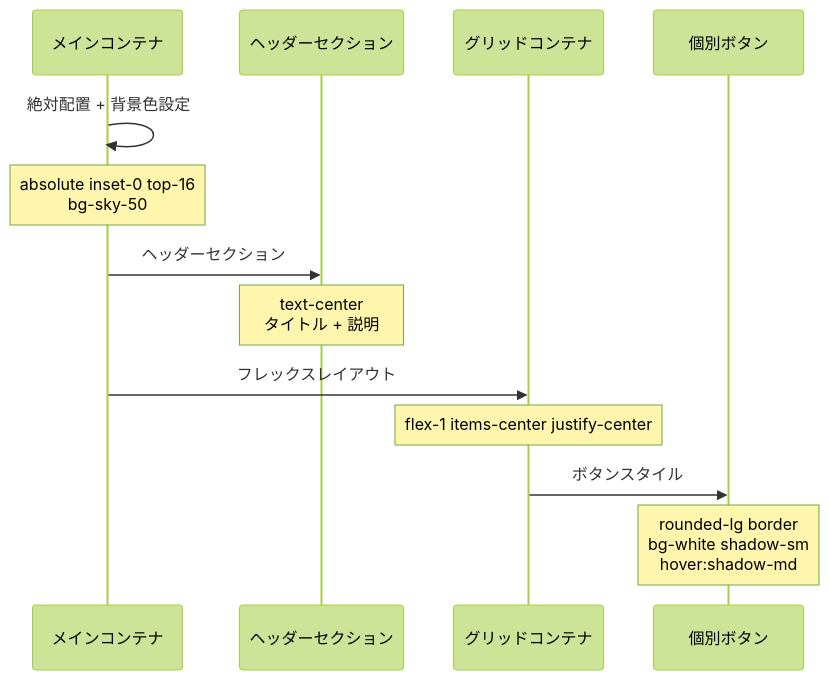
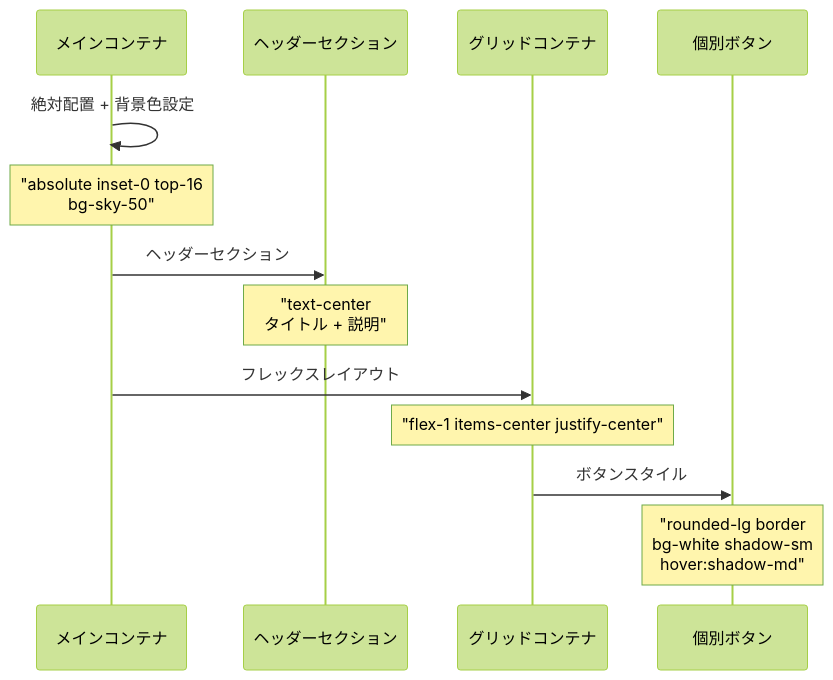
One commit to wasabi49/ocs-systemDevelopmentExercises changed the ninth of 9 diagrams in document/pages/sequence/Home.md. Above: the diagram before and after it, drawn with Mermaid (forest theme). The commit also changed other lines of this file and 42 other files, not shown here.

First line of the commit message:
fix: mermaidシーケンス図のNote over文でダブルクォーテーション不足を修正

````diff
--- a/document/pages/sequence/Home.md
+++ b/document/pages/sequence/Home.md
@@ -187,19 +187,19 @@
 ```mermaid
 sequenceDiagram
     participant Container as メインコンテナ
     participant Header as ヘッダーセクション
     participant Grid as グリッドコンテナ
     participant Button as 個別ボタン
 
     Container->>Container: 絶対配置 + 背景色設定
-    Note over Container: absolute inset-0 top-16<br/>bg-sky-50
+    Note over Container: "absolute inset-0 top-16<br/>bg-sky-50"
     
     Container->>Header: ヘッダーセクション
-    Note over Header: text-center<br/>タイトル + 説明
+    Note over Header: "text-center<br/>タイトル + 説明"
     
     Container->>Grid: フレックスレイアウト
-    Note over Grid: flex-1 items-center justify-center
+    Note over Grid: "flex-1 items-center justify-center"
     
     Grid->>Button: ボタンスタイル
-    Note over Button: rounded-lg border<br/>bg-white shadow-sm<br/>hover:shadow-md
+    Note over Button: "rounded-lg border<br/>bg-white shadow-sm<br/>hover:shadow-md"
 ```
````
